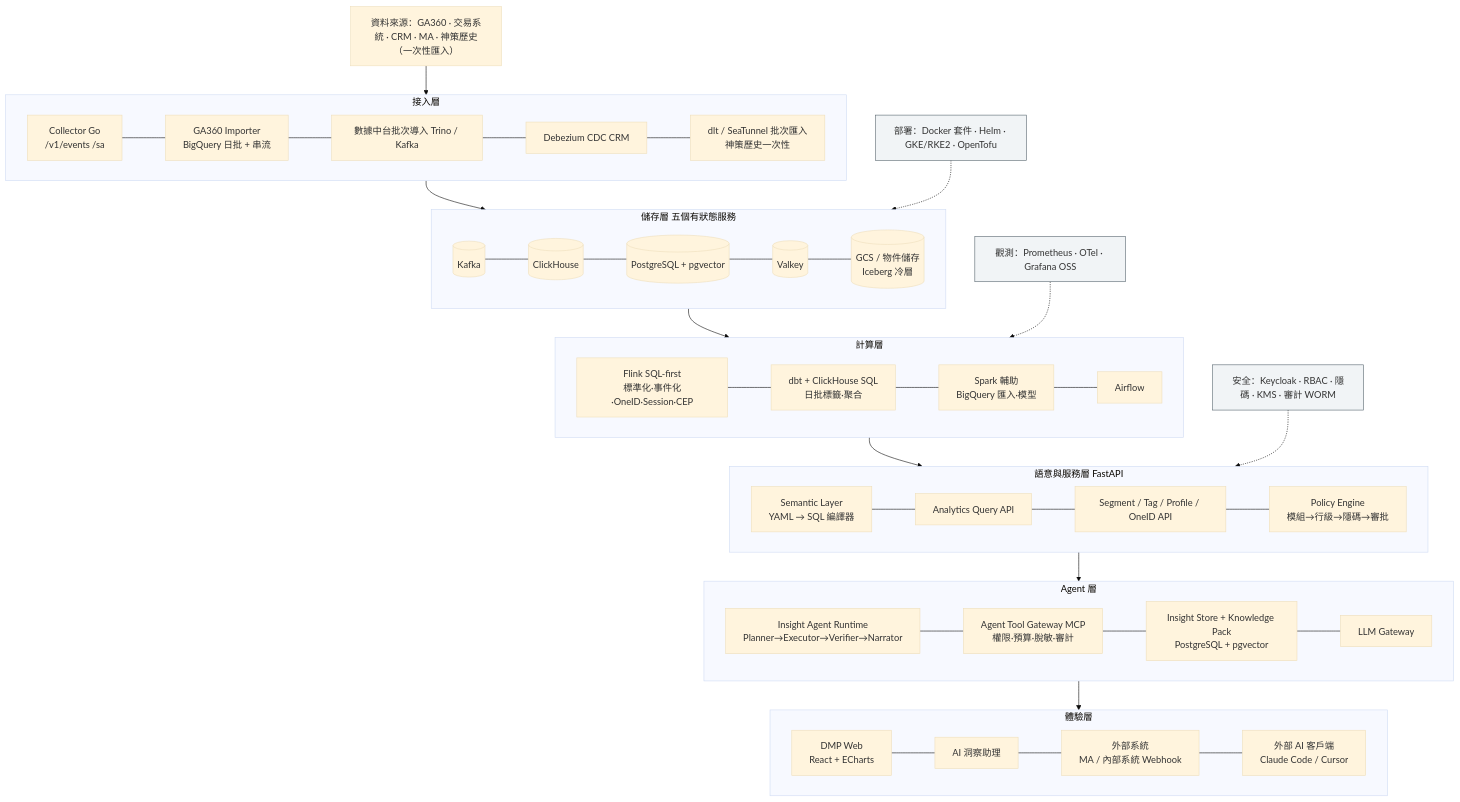
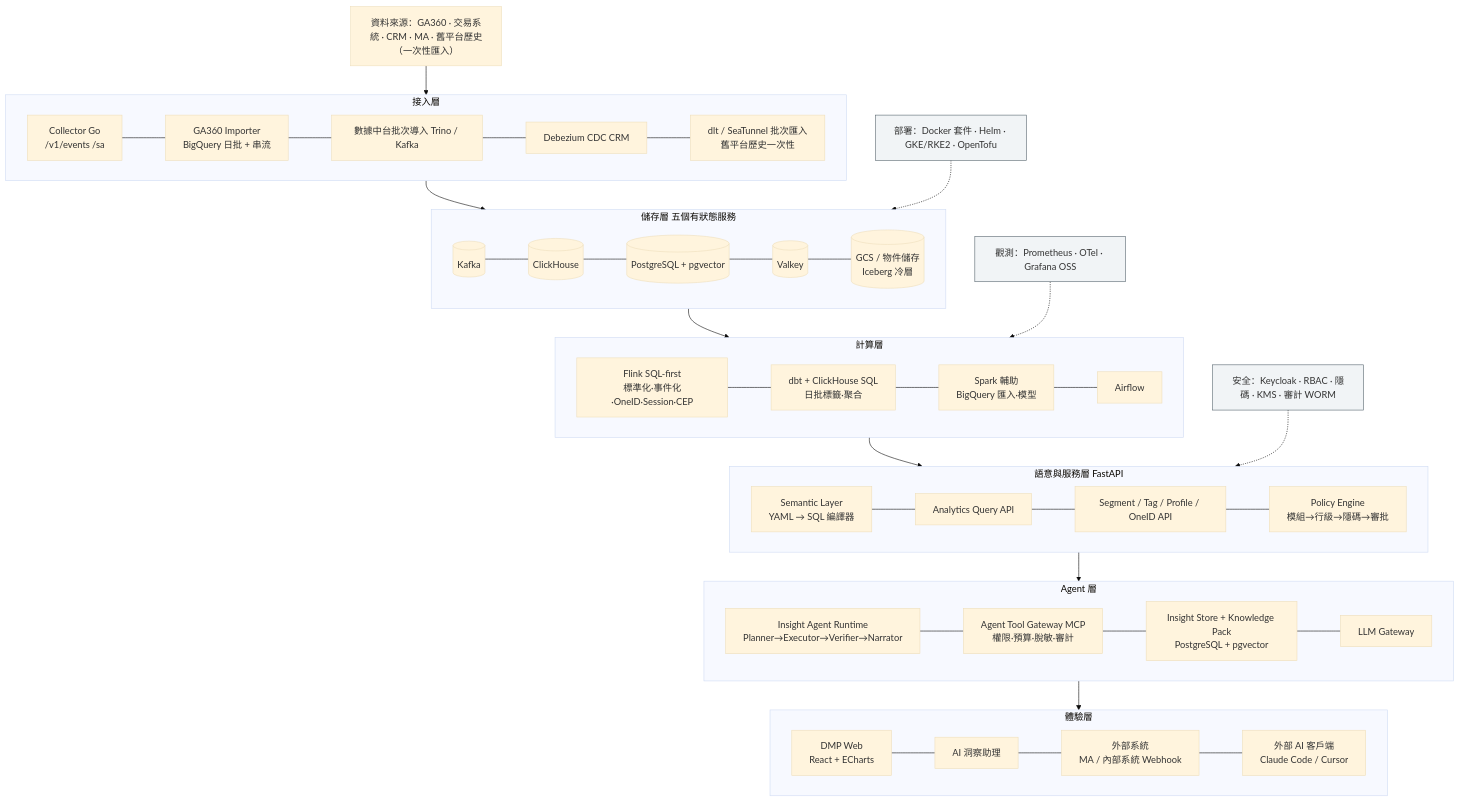
Before and after one commit to ALTA-TECH2025/altatech-dmp: the first of 3 diagrams in docs/12-architecture-diagrams.md, drawn with Mermaid (base theme). The commit also changed other lines of this file and 40 other files, not shown here.

````diff
--- a/docs/12-architecture-diagrams.md
+++ b/docs/12-architecture-diagrams.md
@@ -39,26 +39,26 @@
 ```mermaid
 flowchart TB
   subgraph EXP[體驗層]
     WEB[DMP Web<br/>React + ECharts] --- AIUI[AI 洞察助理] --- EXT[外部系統<br/>MA / 內部系統 Webhook] --- MCPC[外部 AI 客戶端<br/>Claude Code / Cursor]
   end
   subgraph AGENT[Agent 層]
     RT[Insight Agent Runtime<br/>Planner→Executor→Verifier→Narrator] --- GW[Agent Tool Gateway MCP<br/>權限·預算·脫敏·審計] --- IS[Insight Store + Knowledge Pack<br/>PostgreSQL + pgvector] --- LLM[LLM Gateway]
   end
   subgraph SVC[語意與服務層 FastAPI]
     SEM[Semantic Layer<br/>YAML → SQL 編譯器] --- AQ[Analytics Query API] --- SG[Segment / Tag / Profile / OneID API] --- PE[Policy Engine<br/>模組→行級→隱碼→審批]
   end
   subgraph CMP[計算層]
     FL[Flink SQL-first<br/>標準化·事件化·OneID·Session·CEP] --- DBT[dbt + ClickHouse SQL<br/>日批標籤·聚合] --- SP[Spark 輔助<br/>BigQuery 匯入·模型] --- AF[Airflow]
   end
   subgraph STO[儲存層 五個有狀態服務]
     KF[(Kafka)] --- CH[(ClickHouse)] --- PG[(PostgreSQL + pgvector)] --- VK[(Valkey)] --- OBJ[(GCS / 物件儲存<br/>Iceberg 冷層)]
   end
   subgraph ING[接入層]
-    COL[Collector Go<br/>/v1/events /sa] --- GA[GA360 Importer<br/>BigQuery 日批 + 串流] --- DWH[數據中台批次導入 Trino / Kafka] --- CDC[Debezium CDC CRM] --- BAT[dlt / SeaTunnel 批次匯入<br/>神策歷史一次性]
+    COL[Collector Go<br/>/v1/events /sa] --- GA[GA360 Importer<br/>BigQuery 日批 + 串流] --- DWH[數據中台批次導入 Trino / Kafka] --- CDC[Debezium CDC CRM] --- BAT[dlt / SeaTunnel 批次匯入<br/>舊平台歷史一次性]
   end
-  SRC[資料來源：GA360 · 交易系統 · CRM · MA · 神策歷史（一次性匯入）] --> ING --> STO --> CMP --> SVC --> AGENT --> EXP
+  SRC[資料來源：GA360 · 交易系統 · CRM · MA · 舊平台歷史（一次性匯入）] --> ING --> STO --> CMP --> SVC --> AGENT --> EXP
   SEC[安全：Keycloak · RBAC · 隱碼 · KMS · 審計 WORM]:::x -.-> SVC
   OBS[觀測：Prometheus · OTel · Grafana OSS]:::x -.-> CMP
   DEP[部署：Docker 套件 · Helm · GKE/RKE2 · OpenTofu]:::x -.-> STO
   classDef x fill:#F1F4F6,stroke:#56646D
 ```
````
